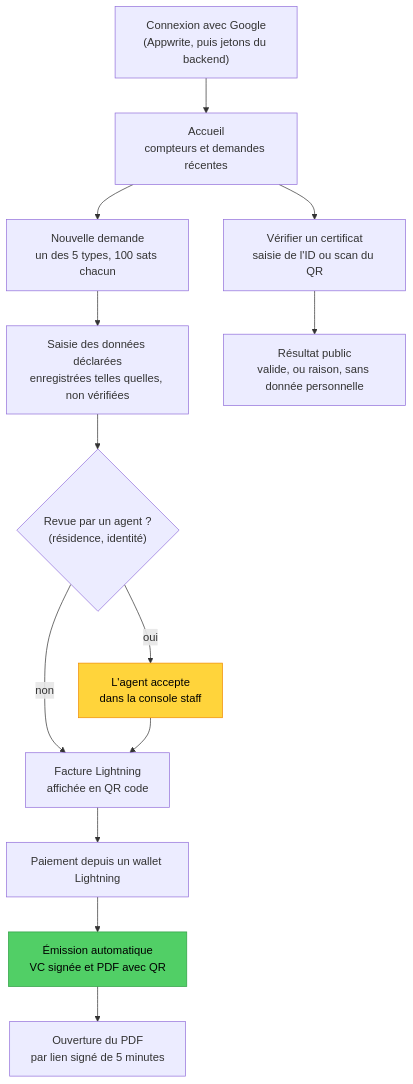
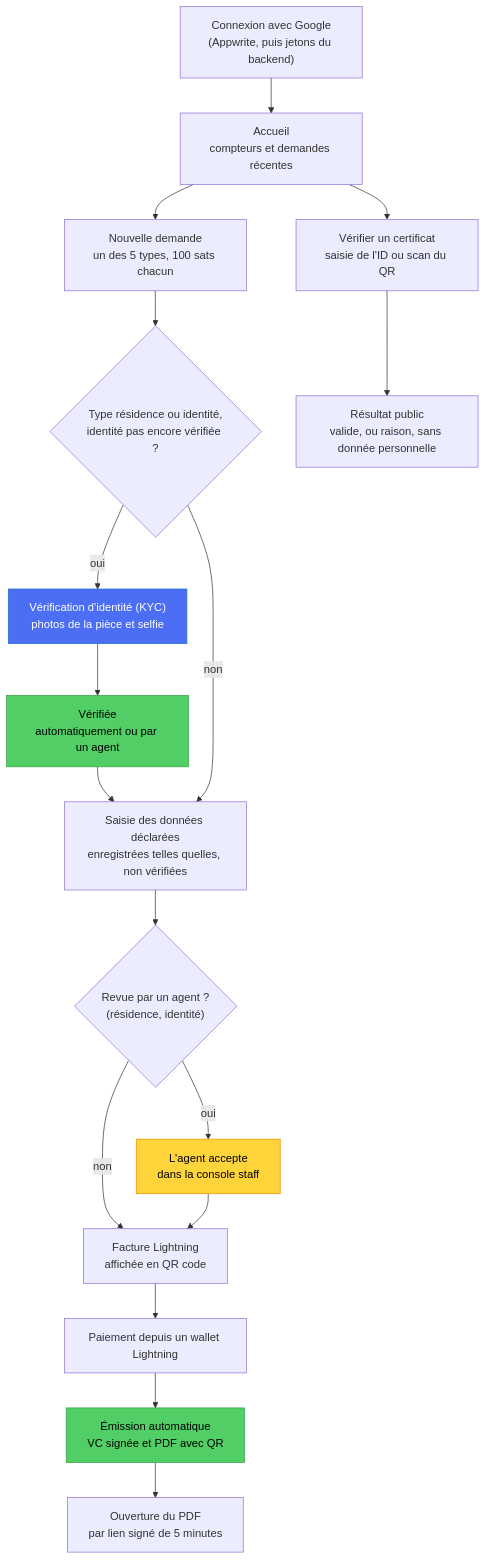
The tenth of 18 diagrams in README.md (Bitnob-Hackhaton/DioteKo), drawn with Mermaid before and after one commit. The commit also changed other lines of this file, not shown here.

Commit message:
docs(readme): add KYC section and screenshots in English and French

````diff
--- a/README.md
+++ b/README.md
@@ -723,20 +958,26 @@
 ```mermaid
 flowchart TD
   S1["Connexion avec Google<br/>(Appwrite, puis jetons du backend)"] --> S2["Accueil<br/>compteurs et demandes récentes"]
   S2 --> S3["Nouvelle demande<br/>un des 5 types, 100 sats chacun"]
-  S3 --> S4["Saisie des données déclarées<br/>enregistrées telles quelles, non vérifiées"]
+  S3 --> K0{"Type résidence ou identité,<br/>identité pas encore vérifiée ?"}
+  K0 -- "oui" --> K1["Vérification d'identité (KYC)<br/>photos de la pièce et selfie"]
+  K1 --> K2["Vérifiée<br/>automatiquement ou par un agent"]
+  K2 --> S4
+  K0 -- "non" --> S4["Saisie des données déclarées<br/>enregistrées telles quelles, non vérifiées"]
   S4 --> D1{"Revue par un agent ?<br/>(résidence, identité)"}
   D1 -- "oui" --> R1["L'agent accepte<br/>dans la console staff"]
   D1 -- "non" --> P1
   R1 --> P1["Facture Lightning<br/>affichée en QR code"]
   P1 --> P2["Paiement depuis un wallet Lightning"]
   P2 --> C1["Émission automatique<br/>VC signée et PDF avec QR"]
   C1 --> C2["Ouverture du PDF<br/>par lien signé de 5 minutes"]
   S2 --> V1["Vérifier un certificat<br/>saisie de l'ID ou scan du QR"]
   V1 --> V2["Résultat public<br/>valide, ou raison, sans donnée personnelle"]
 
   classDef pending fill:#ffd43b,stroke:#f08c00,color:#000
   classDef success fill:#51cf66,stroke:#2f9e44,color:#000
+  classDef step fill:#4c6ef5,stroke:#1971c2,color:#fff
   class R1 pending
-  class C1 success
+  class C1,K2 success
+  class K1 step
 ```
````
